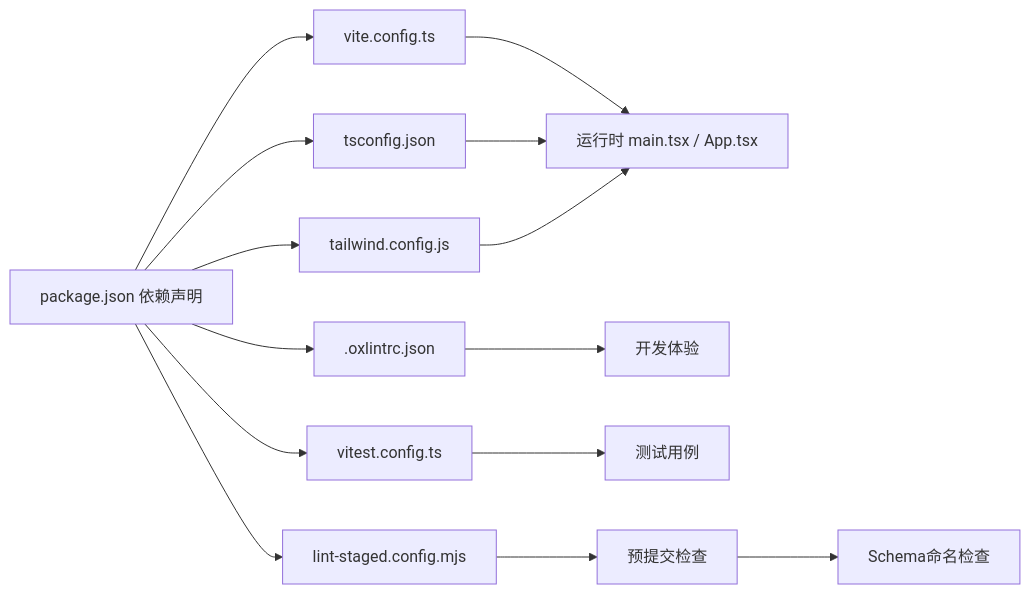
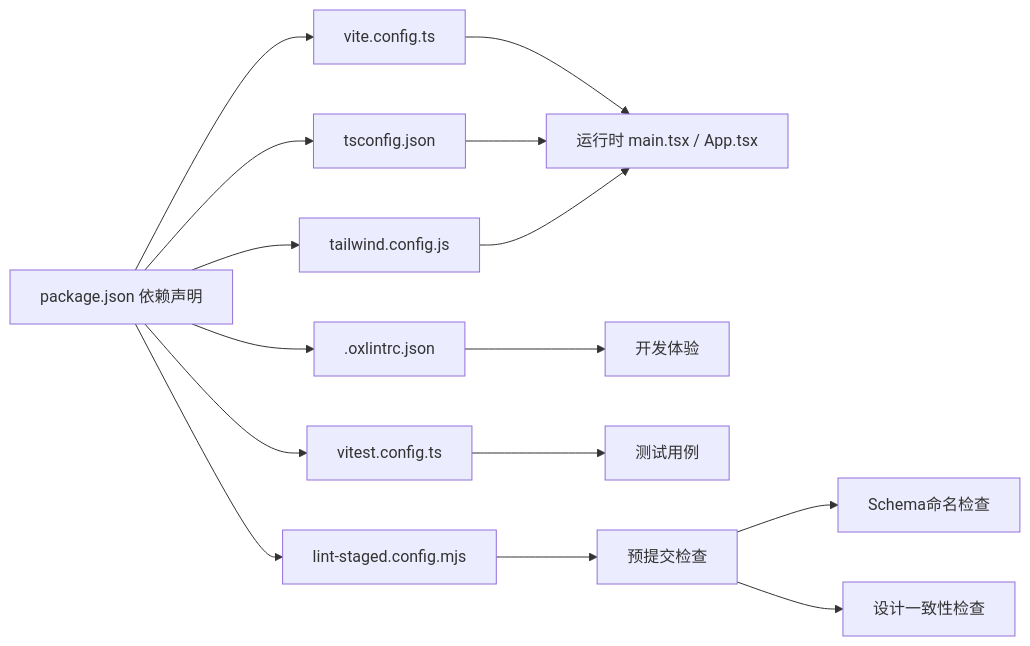
The eighth of 9 diagrams in .qoder/repowiki/zh/content/开发规范/开发规范.md (Damao997/newproject), drawn with Mermaid before and after one commit. The commit also changed other lines of this file and 40 other files, not shown here.

First line of the commit message:
feat(dashboard/inventory): 仪表板与存货模块真实数据接入及图表卡片拆分

````diff
--- a/.qoder/repowiki/zh/content/开发规范/开发规范.md
+++ b/.qoder/repowiki/zh/content/开发规范/开发规范.md
@@ -339,16 +374,17 @@
 ```mermaid
 graph LR
 Pkg["package.json 依赖声明"] --> ViteCfg["vite.config.ts"]
 Pkg --> TsCfg["tsconfig.json"]
 Pkg --> TailwindCfg["tailwind.config.js"]
 Pkg --> OxlintCfg[".oxlintrc.json"]
 Pkg --> VitestCfg["vitest.config.ts"]
 Pkg --> LintStagedCfg["lint-staged.config.mjs"]
 ViteCfg --> Runtime["运行时 main.tsx / App.tsx"]
 TsCfg --> Runtime
 TailwindCfg --> Runtime
 OxlintCfg --> Dev["开发体验"]
 VitestCfg --> Test["测试用例"]
 LintStagedCfg --> PreCommit["预提交检查"]
 PreCommit --> SchemaCheck["Schema命名检查"]
+PreCommit --> DesignCheck["设计一致性检查"]
 ```
````
